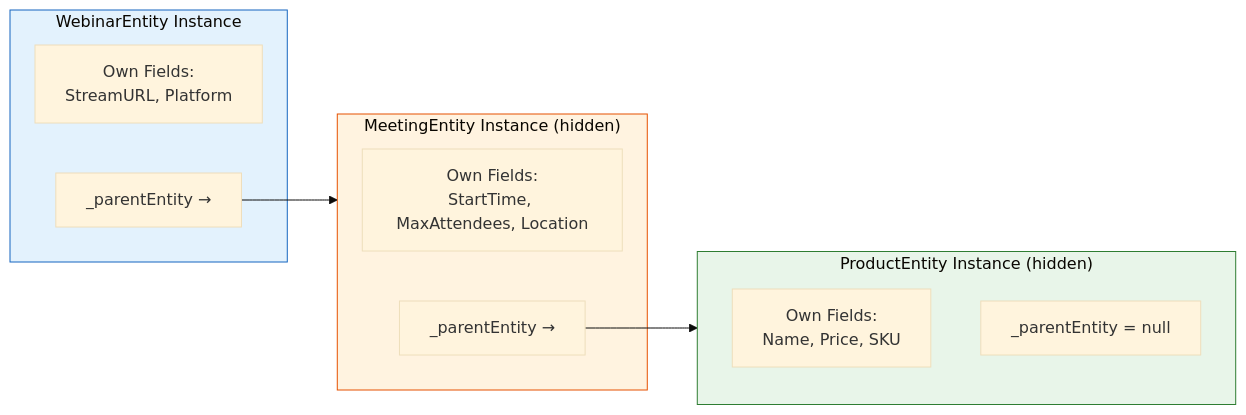
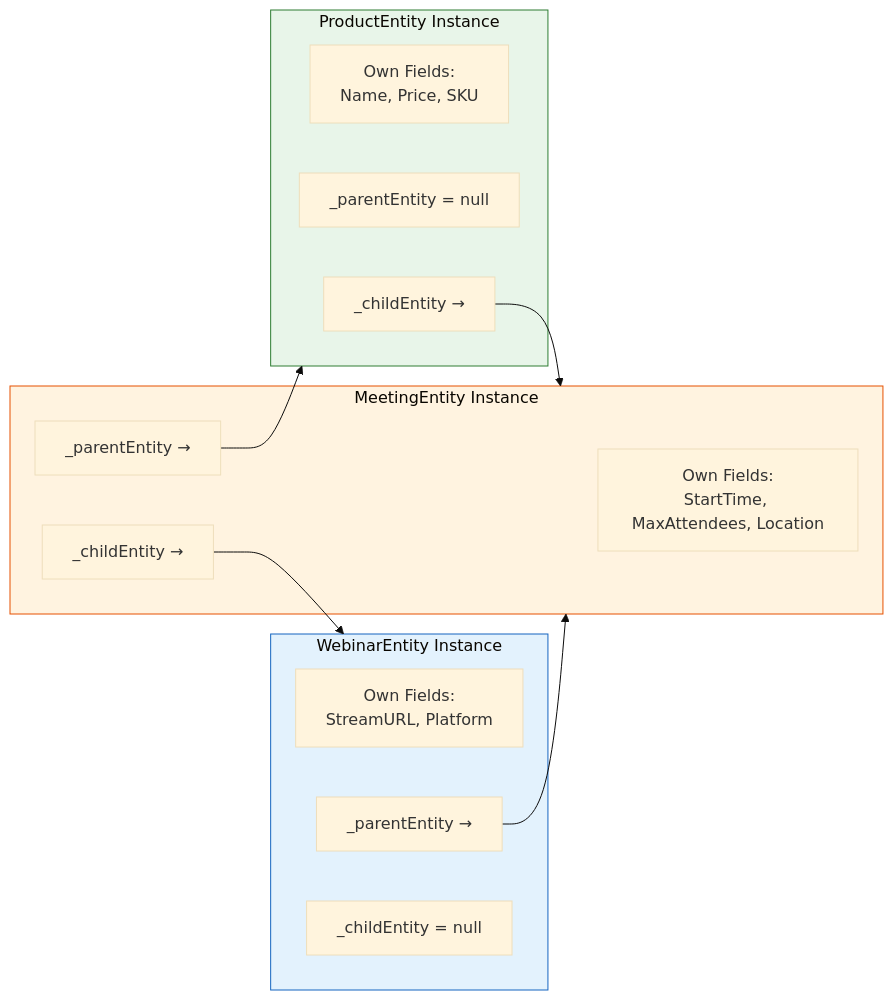
The third of 7 diagrams in packages/MJCore/docs/isa-relationships.md (MemberJunction/MJ), drawn with Mermaid (base theme) before and after one commit. The commit also changed other lines of this file and 310 other files, not shown here.

````diff
--- a/packages/MJCore/docs/isa-relationships.md
+++ b/packages/MJCore/docs/isa-relationships.md
@@ -85,24 +85,29 @@
 ```mermaid
 flowchart LR
+    subgraph ProductEntity["ProductEntity Instance"]
+        PF[Own Fields:<br/>Name, Price, SKU]
+        PP[_parentEntity = null]
+        PC[_childEntity →]
+    end
+
+    subgraph MeetingEntity["MeetingEntity Instance"]
+        MF[Own Fields:<br/>StartTime, MaxAttendees, Location]
+        MP[_parentEntity →]
+        MC[_childEntity →]
+    end
+
     subgraph WebinarEntity["WebinarEntity Instance"]
         WF[Own Fields:<br/>StreamURL, Platform]
         WP[_parentEntity →]
+        WC[_childEntity = null]
     end
 
-    subgraph MeetingEntity["MeetingEntity Instance (hidden)"]
-        MF[Own Fields:<br/>StartTime, MaxAttendees, Location]
-        MP[_parentEntity →]
-    end
-
-    subgraph ProductEntity["ProductEntity Instance (hidden)"]
-        PF[Own Fields:<br/>Name, Price, SKU]
-        PP[_parentEntity = null]
-    end
-
+    PC --> MeetingEntity
+    MC --> WebinarEntity
     WP --> MeetingEntity
     MP --> ProductEntity
 
     style WebinarEntity fill:#e3f2fd,stroke:#1565c0
     style MeetingEntity fill:#fff3e0,stroke:#e65100
     style ProductEntity fill:#e8f5e9,stroke:#2e7d32
 ```
````
